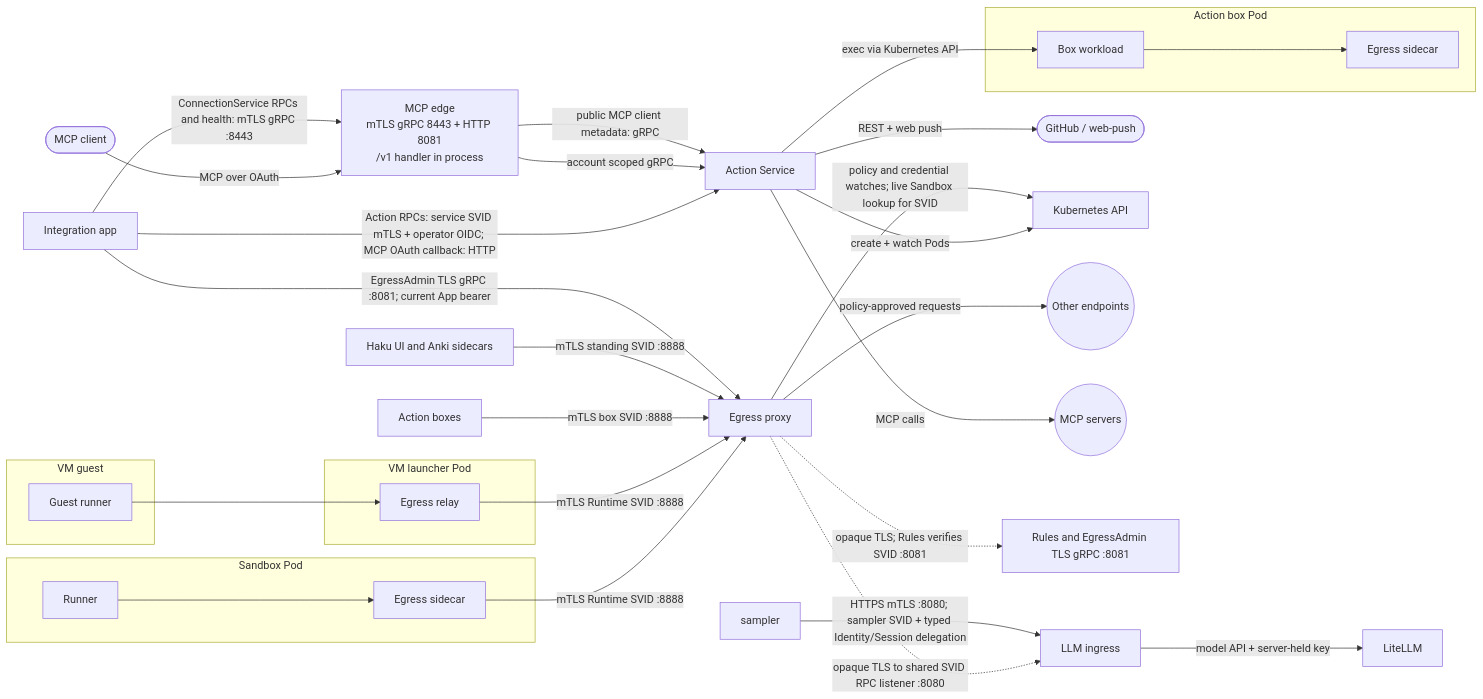
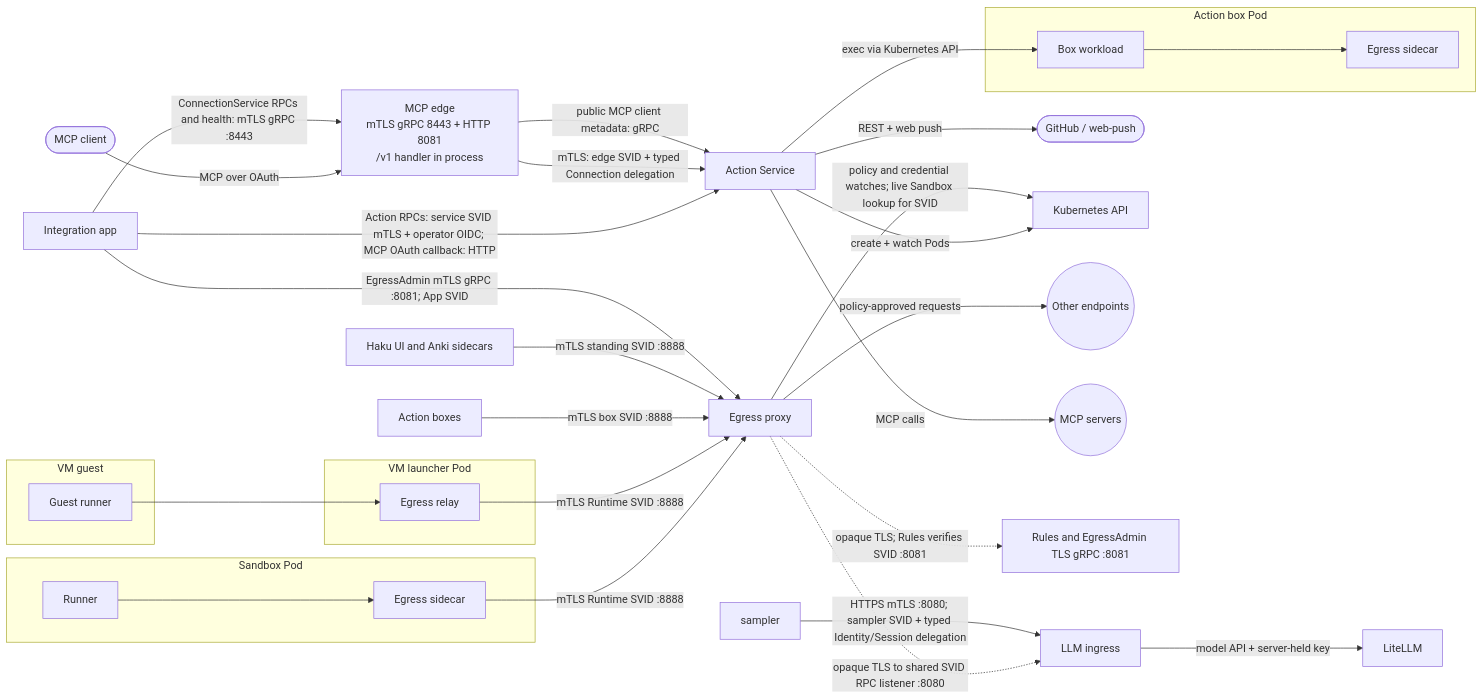
One commit to agentydragon/ducktape changed diagram 12 of 18 in agentplane/docs/system_overview.md. Above: the diagram before and after it, drawn with Mermaid. The commit also changed other lines of this file and 10 other files, not shown here.

````diff
--- a/agentplane/docs/system_overview.md
+++ b/agentplane/docs/system_overview.md
@@ -690,50 +685,50 @@
 ```mermaid
 flowchart LR
     mcp_client([MCP client])
     github([GitHub / web-push])
     app[Integration app]
     actions[Action Service]
     edge["MCP edge<br/>mTLS gRPC 8443 + HTTP 8081<br/>/v1 handler in process"]
     k8s[Kubernetes API]
     subgraph box[Action box Pod]
         workload[Box workload]
         box_sidecar[Egress sidecar]
     end
     subgraph sandbox[Sandbox Pod]
         runner[Runner]
         sidecar[Egress sidecar]
     end
     subgraph vm_guest[VM guest]
         guest[Guest runner]
     end
     subgraph vm_pod[VM launcher Pod]
         relay[Egress relay]
     end
     egress[Egress proxy]
     llm[LLM ingress]
     litellm[LiteLLM]
     other((Other endpoints))
     mcp_servers((MCP servers))
 
     mcp_client -->|MCP over OAuth| edge
     app -->|Action RPCs: service SVID mTLS + operator OIDC; MCP OAuth callback: HTTP| actions
     app -->|ConnectionService RPCs and health: mTLS gRPC :8443| edge
-    edge -->|account scoped gRPC| actions
+    edge -->|mTLS: edge SVID + typed Connection delegation| actions
     edge -->|public MCP client metadata: gRPC| actions
     actions -->|create + watch Pods| k8s
     actions -->|exec via Kubernetes API| workload
     workload --> box_sidecar
     runner --> sidecar -->|mTLS Runtime SVID :8888| egress
     guest --> relay -->|mTLS Runtime SVID :8888| egress
     nonSandbox[Action boxes] -->|mTLS box SVID :8888| egress
     standing[Haku UI and Anki sidecars] -->|mTLS standing SVID :8888| egress
-    app -->|EgressAdmin TLS gRPC :8081; current App bearer| egress
+    app -->|EgressAdmin mTLS gRPC :8081; App SVID| egress
     egress -->|policy and credential watches; live Sandbox lookup for SVID| k8s
     egress -->|policy-approved requests| other
     egress -.->|opaque TLS; Rules verifies SVID :8081| rules[Rules and EgressAdmin TLS gRPC :8081]
     egress -.->|opaque TLS to shared SVID RPC listener :8080| llm
     sampler -->|HTTPS mTLS :8080; sampler SVID + typed Identity/Session delegation| llm
     llm -->|model API + server-held key| litellm
     actions -->|MCP calls| mcp_servers
     actions -->|REST + web push| github
 ```
````
